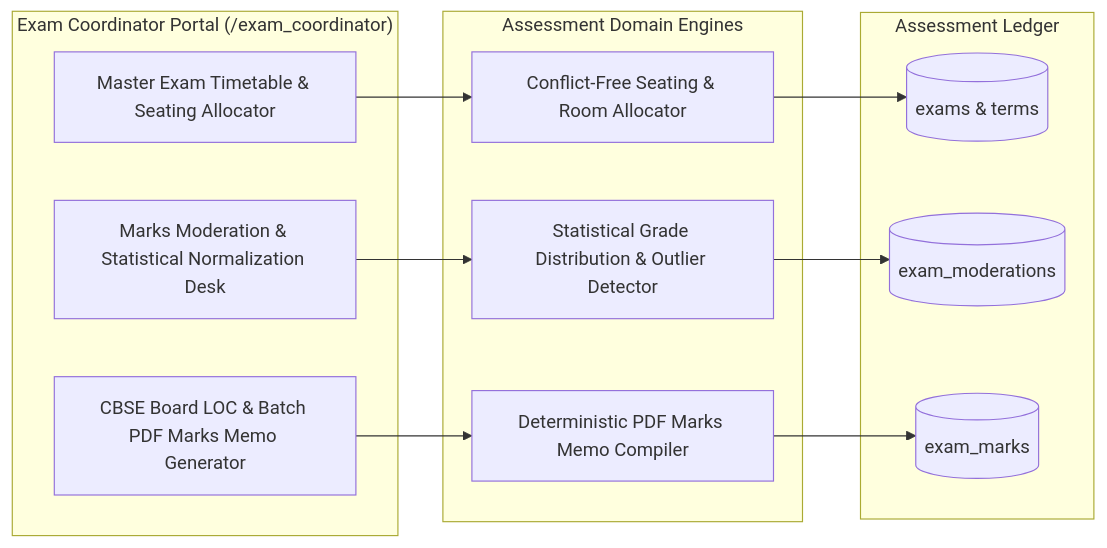
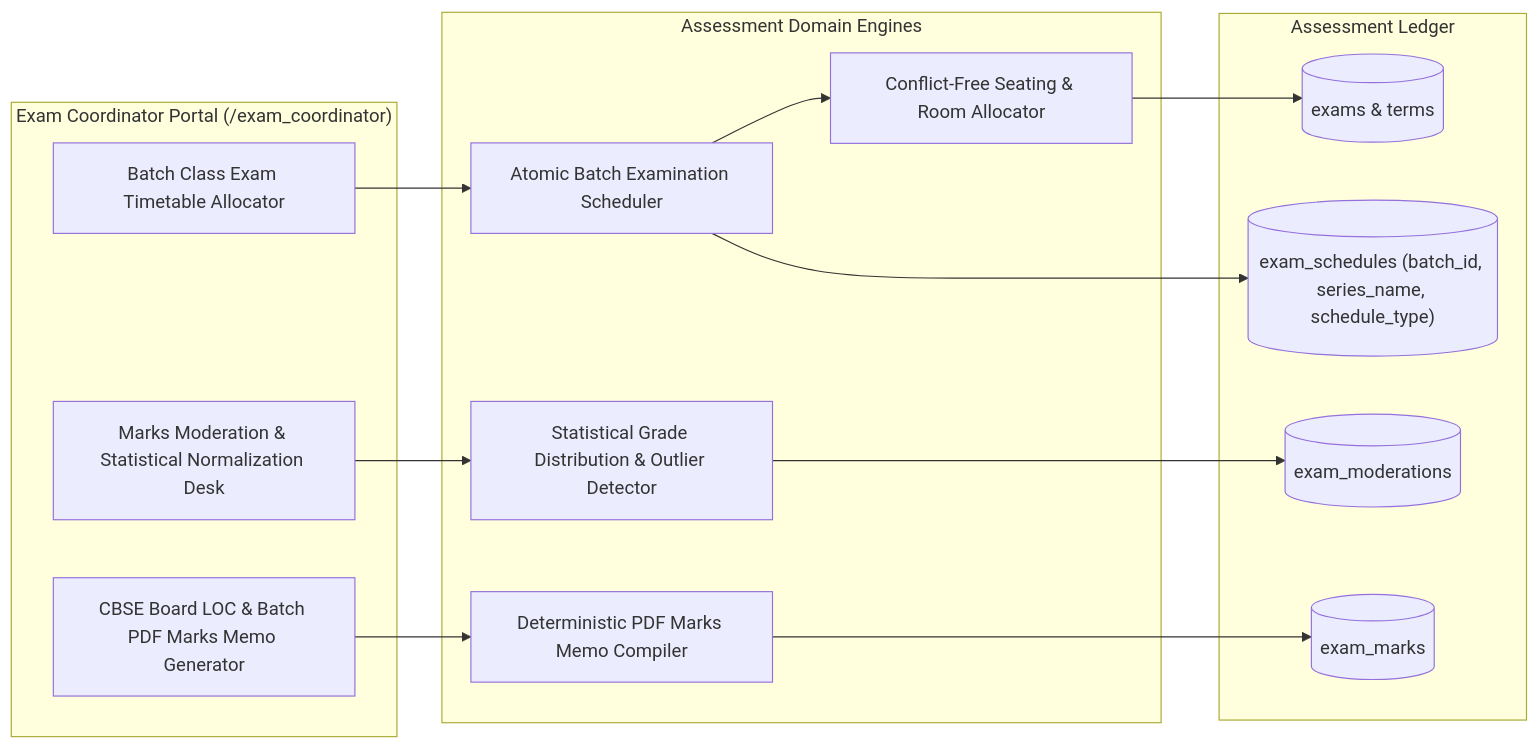
Diagram 11 of 19 in docs/architecture/ROLE_WISE_ARCHITECTURE_AND_WORKFLOWS.md (DiradzProducts/EDU360), drawn with Mermaid before and after one commit. The commit also changed other lines of this file and 6 other files, not shown here.

Commit message:
docs(architecture): synchronize role-wise workflows with payroll LOP, batch exam schedules, and clock engine (v8.5)

````diff
--- a/docs/architecture/ROLE_WISE_ARCHITECTURE_AND_WORKFLOWS.md
+++ b/docs/architecture/ROLE_WISE_ARCHITECTURE_AND_WORKFLOWS.md
@@ -415,24 +468,27 @@
 ```mermaid
 graph LR
     subgraph ExamDesk ["Exam Coordinator Portal (/exam_coordinator)"]
-        UI_SCHED_GRID["Master Exam Timetable & Seating Allocator"]
+        UI_BATCH_SCHED["Batch Class Exam Timetable Allocator"]
         UI_MOD_LEDGER["Marks Moderation & Statistical Normalization Desk"]
         UI_LOC_GEN["CBSE Board LOC & Batch PDF Marks Memo Generator"]
     end
 
     subgraph ExamCore ["Assessment Domain Engines"]
+        BATCH_SCHED_ENG["Atomic Batch Examination Scheduler"]
         SEATING_ALG["Conflict-Free Seating & Room Allocator"]
         MOD_VALIDATOR["Statistical Grade Distribution & Outlier Detector"]
         PDF_BATCH_ENG["Deterministic PDF Marks Memo Compiler"]
     end
 
     subgraph ExamData ["Assessment Ledger"]
         DB_EXAMS[("exams & terms")]
+        DB_SCHEDS[("exam_schedules (batch_id, series_name, schedule_type)")]
         DB_MOD[("exam_moderations")]
         DB_MARKS[("exam_marks")]
     end
 
-    UI_SCHED_GRID --> SEATING_ALG --> DB_EXAMS
+    UI_BATCH_SCHED --> BATCH_SCHED_ENG --> DB_SCHEDS
+    BATCH_SCHED_ENG --> SEATING_ALG --> DB_EXAMS
     UI_MOD_LEDGER --> MOD_VALIDATOR --> DB_MOD
     UI_LOC_GEN --> PDF_BATCH_ENG --> DB_MARKS
 ```
````
